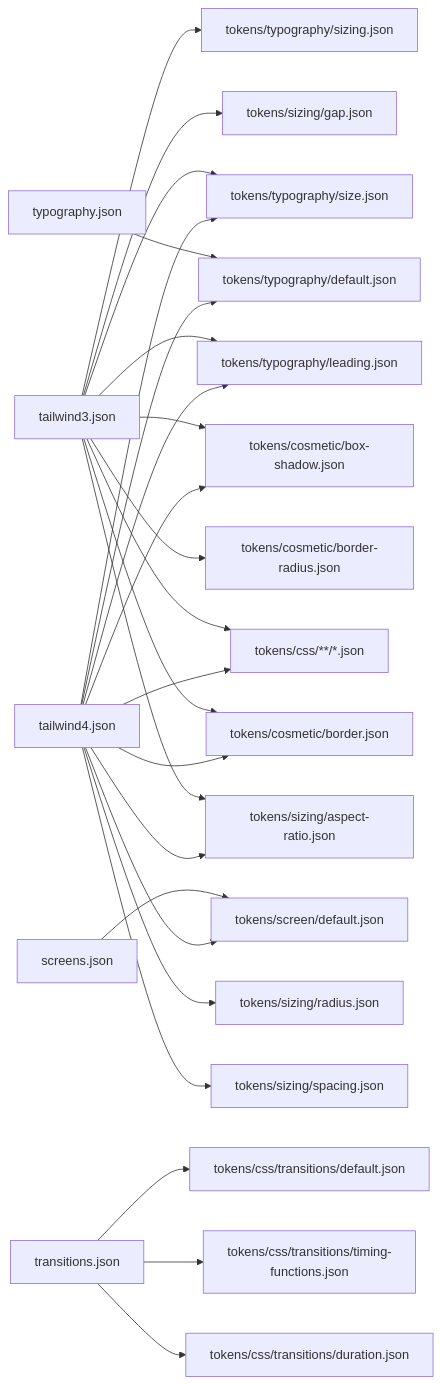
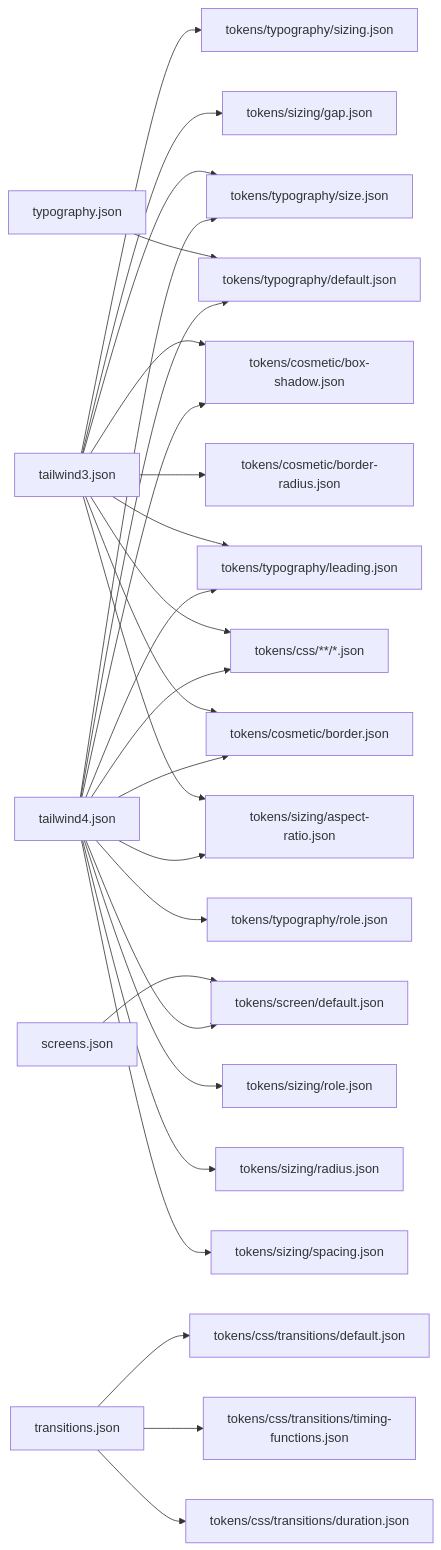
Before and after one commit to magma-design-system/magma: the first of 2 diagrams in projects/design-tokens/src/config/README.md, drawn with Mermaid. The commit also changed other lines of this file and 14 other files, not shown here.

First line of the commit message:
feat(design-tokens): the role tokens of the design language, rhythm, widths and titles

````diff
--- a/projects/design-tokens/src/config/README.md
+++ b/projects/design-tokens/src/config/README.md
@@ -7,27 +7,29 @@
 ```mermaid
 flowchart LR
   typography_json["typography.json"] --> tokens_typography_default_json["tokens/typography/default.json"]
   tailwind3_json["tailwind3.json"] --> tokens_cosmetic_border_radius_json["tokens/cosmetic/border-radius.json"]
   tailwind3_json["tailwind3.json"] --> tokens_cosmetic_border_json["tokens/cosmetic/border.json"]
   tailwind3_json["tailwind3.json"] --> tokens_cosmetic_box_shadow_json["tokens/cosmetic/box-shadow.json"]
   tailwind3_json["tailwind3.json"] --> tokens_css______json["tokens/css/**/*.json"]
   tailwind3_json["tailwind3.json"] --> tokens_sizing_aspect_ratio_json["tokens/sizing/aspect-ratio.json"]
   tailwind3_json["tailwind3.json"] --> tokens_sizing_gap_json["tokens/sizing/gap.json"]
   tailwind3_json["tailwind3.json"] --> tokens_typography_leading_json["tokens/typography/leading.json"]
   tailwind3_json["tailwind3.json"] --> tokens_typography_size_json["tokens/typography/size.json"]
   tailwind3_json["tailwind3.json"] --> tokens_typography_sizing_json["tokens/typography/sizing.json"]
   screens_json["screens.json"] --> tokens_screen_default_json["tokens/screen/default.json"]
   tailwind4_json["tailwind4.json"] --> tokens_sizing_spacing_json["tokens/sizing/spacing.json"]
   tailwind4_json["tailwind4.json"] --> tokens_sizing_aspect_ratio_json["tokens/sizing/aspect-ratio.json"]
   tailwind4_json["tailwind4.json"] --> tokens_sizing_radius_json["tokens/sizing/radius.json"]
+  tailwind4_json["tailwind4.json"] --> tokens_sizing_role_json["tokens/sizing/role.json"]
   tailwind4_json["tailwind4.json"] --> tokens_typography_default_json["tokens/typography/default.json"]
   tailwind4_json["tailwind4.json"] --> tokens_typography_leading_json["tokens/typography/leading.json"]
   tailwind4_json["tailwind4.json"] --> tokens_typography_size_json["tokens/typography/size.json"]
+  tailwind4_json["tailwind4.json"] --> tokens_typography_role_json["tokens/typography/role.json"]
   tailwind4_json["tailwind4.json"] --> tokens_css______json["tokens/css/**/*.json"]
   tailwind4_json["tailwind4.json"] --> tokens_cosmetic_border_json["tokens/cosmetic/border.json"]
   tailwind4_json["tailwind4.json"] --> tokens_cosmetic_box_shadow_json["tokens/cosmetic/box-shadow.json"]
   tailwind4_json["tailwind4.json"] --> tokens_screen_default_json["tokens/screen/default.json"]
   transitions_json["transitions.json"] --> tokens_css_transitions_duration_json["tokens/css/transitions/duration.json"]
   transitions_json["transitions.json"] --> tokens_css_transitions_timing_functions_json["tokens/css/transitions/timing-functions.json"]
   transitions_json["transitions.json"] --> tokens_css_transitions_default_json["tokens/css/transitions/default.json"]
 ```
````
